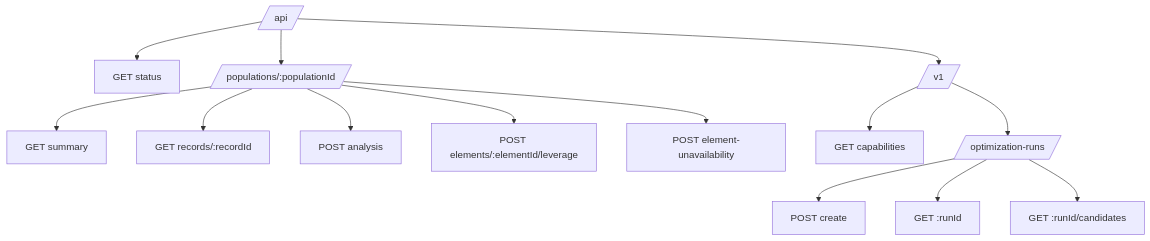
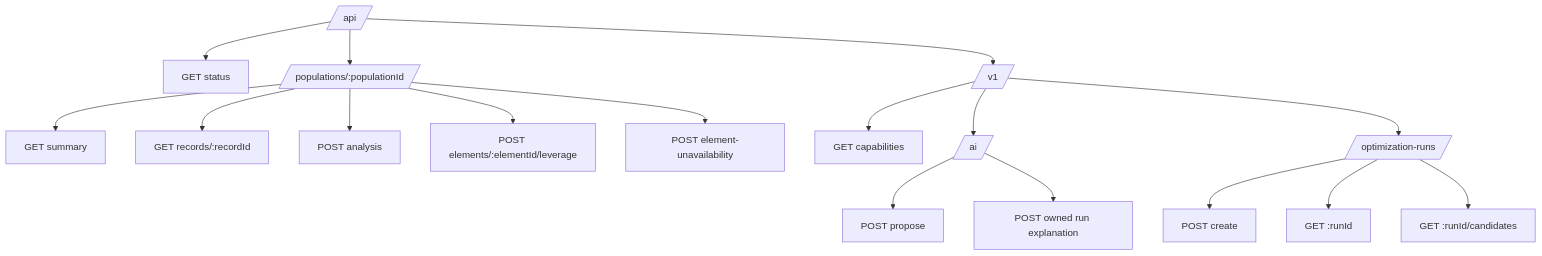
Before and after one commit to eseidinger/variability-engineering-framework: the diagram in docs/02-architecture/system-model/api-model.md, drawn with Mermaid. The commit also changed other lines of this file and 35 other files, not shown here.

````diff
--- a/docs/02-architecture/system-model/api-model.md
+++ b/docs/02-architecture/system-model/api-model.md
@@ -8,17 +8,20 @@
 ```mermaid
 flowchart TB
     API[/api/]
     API --> Status[GET status]
     API --> Pop[/populations/:populationId/]
     Pop --> Summary[GET summary]
     Pop --> Record[GET records/:recordId]
     Pop --> Analyze[POST analysis]
     Pop --> Leverage[POST elements/:elementId/leverage]
     Pop --> Impact[POST element-unavailability]
     API --> V1[/v1/]
     V1 --> Capabilities[GET capabilities]
+    V1 --> AI[/ai/]
+    AI --> Propose[POST propose]
+    AI --> Explain[POST owned run explanation]
     V1 --> Runs[/optimization-runs/]
     Runs --> Create[POST create]
     Runs --> Get[GET :runId]
     Runs --> Candidates[GET :runId/candidates]
 ```
````
